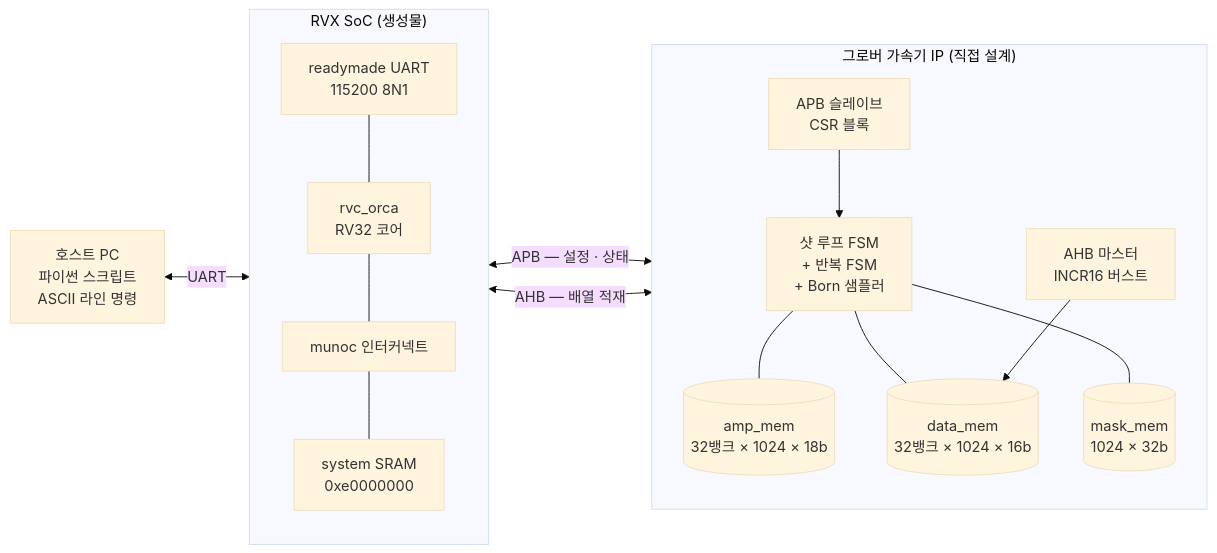
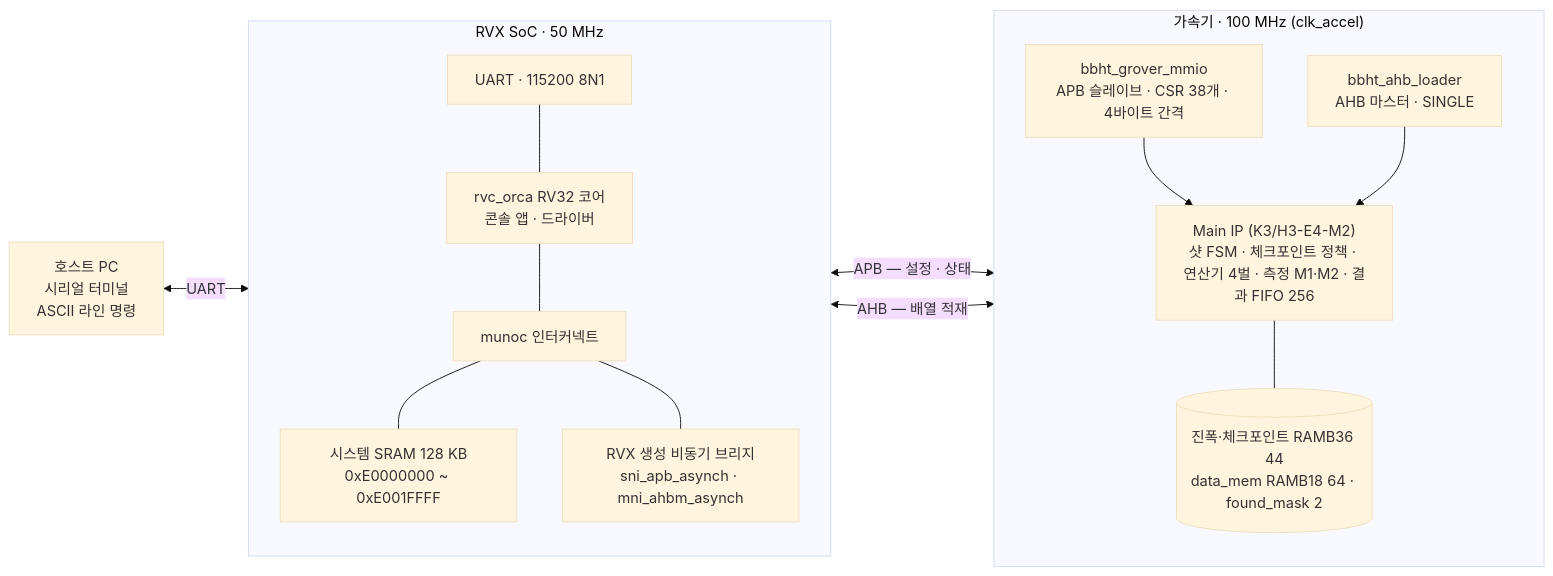
One commit to Git-Junsang/Quantum-Grover changed the diagram in documents/study_references/diagrams/src/17_soc_block.mmd. Above: the diagram before and after it, drawn with Mermaid (base theme). The commit also changed 49 other files, not shown here.

```diff
--- a/documents/study_references/diagrams/src/17_soc_block.mmd
+++ b/documents/study_references/diagrams/src/17_soc_block.mmd
@@ -1,32 +1,27 @@
 flowchart LR
-    HOST["호스트 PC<br/>파이썬 스크립트<br/>ASCII 라인 명령"]
-
-    subgraph SOC["RVX SoC (생성물)"]
+    HOST["호스트 PC<br/>시리얼 터미널<br/>ASCII 라인 명령"]
+    subgraph SOC["RVX SoC · 50 MHz"]
         direction TB
-        UARTIP["readymade UART<br/>115200 8N1"]
-        CORE["rvc_orca<br/>RV32 코어"]
+        UARTIP["UART · 115200 8N1"]
+        CORE["rvc_orca RV32 코어<br/>콘솔 앱 · 드라이버"]
         NOC["munoc 인터커넥트"]
-        SRAM["system SRAM<br/>0xe0000000"]
+        SRAM["시스템 SRAM 128 KB<br/>0xE0000000 ~ 0xE001FFFF"]
+        BR["RVX 생성 비동기 브리지<br/>sni_apb_asynch · mni_ahbm_asynch"]
         UARTIP --- CORE
         CORE --- NOC
         NOC --- SRAM
+        NOC --- BR
     end
-
-    subgraph IP["그로버 가속기 IP (직접 설계)"]
+    subgraph IP["가속기 · 100 MHz (clk_accel)"]
         direction TB
-        CSR["APB 슬레이브<br/>CSR 블록"]
-        CTRL["샷 루프 FSM<br/>+ 반복 FSM<br/>+ Born 샘플러"]
-        DMA["AHB 마스터<br/>INCR16 버스트"]
-        AMP[("amp_mem<br/>32뱅크 × 1024 × 18b")]
-        DATA[("data_mem<br/>32뱅크 × 1024 × 16b")]
-        MASK[("mask_mem<br/>1024 × 32b")]
-        CSR --> CTRL
-        CTRL --- AMP
-        CTRL --- DATA
-        CTRL --- MASK
-        DMA --> DATA
+        CSR["bbht_grover_mmio<br/>APB 슬레이브 · CSR 38개 · 4바이트 간격"]
+        DMA["bbht_ahb_loader<br/>AHB 마스터 · SINGLE"]
+        MAIN["Main IP (K3/H3-E4-M2)<br/>샷 FSM · 체크포인트 정책 · 연산기 4벌 · 측정 M1·M2 · 결과 FIFO 256"]
+        MEM[("진폭·체크포인트 RAMB36 44<br/>data_mem RAMB18 64 · found_mask 2")]
+        CSR --> MAIN
+        DMA --> MAIN
+        MAIN --- MEM
     end
-
-    HOST <-->|"UART"| UARTIP
-    NOC <-->|"APB — 설정 · 상태"| CSR
-    NOC <-->|"AHB — 배열 적재"| DMA
+    HOST <-->|UART| UARTIP
+    BR <-->|"APB — 설정 · 상태"| CSR
+    BR <-->|"AHB — 배열 적재"| DMA
```
